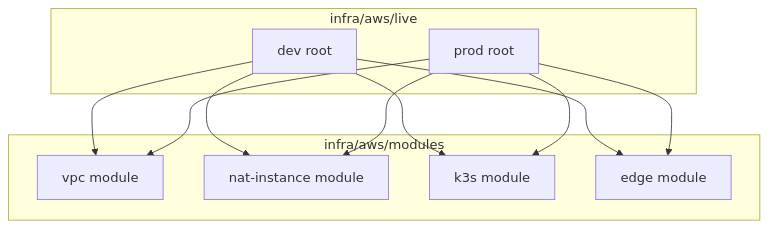
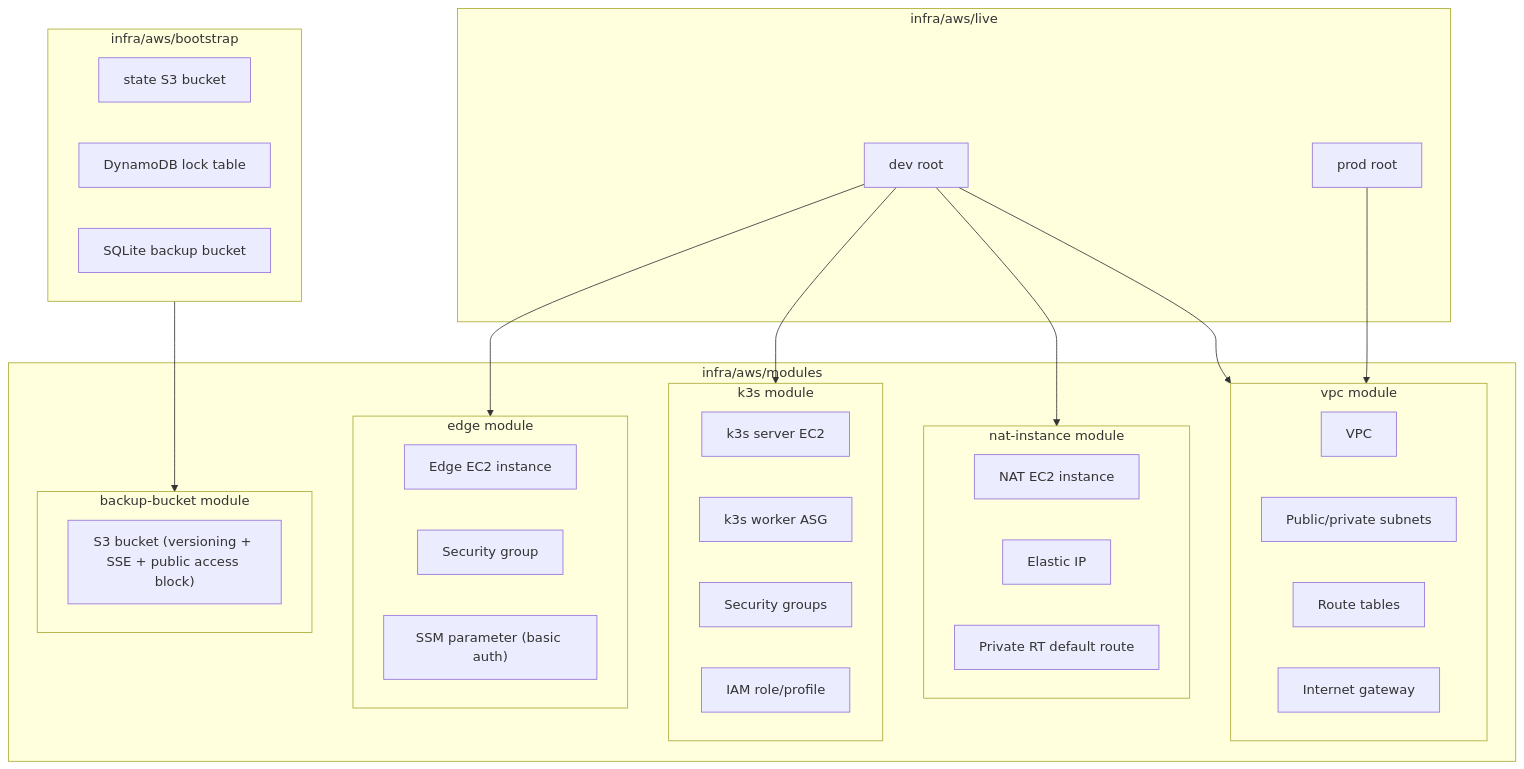
The first of 3 diagrams in docs/architecture/infrastructure.md (ClementV78/CloudRadar), drawn with Mermaid before and after one commit. The commit also changed other lines of this file and 7 other files, not shown here.

First line of the commit message:
docs(architecture): add infra diagrams and runbook references

````diff
--- a/docs/architecture/infrastructure.md
+++ b/docs/architecture/infrastructure.md
@@ -7,23 +12,52 @@
 ```mermaid
 flowchart TB
+  subgraph Bootstrap["infra/aws/bootstrap"]
+    backend["state S3 bucket"]
+    lock["DynamoDB lock table"]
+    backups["SQLite backup bucket"]
+  end
+
   subgraph Live["infra/aws/live"]
     dev["dev root"]
     prod["prod root"]
   end
 
   subgraph Modules["infra/aws/modules"]
-    vpc["vpc module"]
-    nat["nat-instance module"]
-    k3s["k3s module"]
-    edge["edge module"]
+    subgraph vpc["vpc module"]
+      vpc_res["VPC"]
+      subnets["Public/private subnets"]
+      rts["Route tables"]
+      igw["Internet gateway"]
+    end
+
+    subgraph nat["nat-instance module"]
+      nat_ec2["NAT EC2 instance"]
+      nat_eip["Elastic IP"]
+      nat_route["Private RT default route"]
+    end
+
+    subgraph k3s["k3s module"]
+      k3s_server["k3s server EC2"]
+      k3s_workers["k3s worker ASG"]
+      k3s_sg["Security groups"]
+      k3s_iam["IAM role/profile"]
+    end
+
+    subgraph edge["edge module"]
+      edge_ec2["Edge EC2 instance"]
+      edge_sg["Security group"]
+      edge_ssm["SSM parameter (basic auth)"]
+    end
+
+    subgraph backup["backup-bucket module"]
+      backup_bucket["S3 bucket (versioning + SSE + public access block)"]
+    end
   end
 
   dev --> vpc
   dev --> nat
   dev --> k3s
   dev --> edge
   prod --> vpc
-  prod --> nat
-  prod --> k3s
-  prod --> edge
+  Bootstrap --> backup
 ```
````
